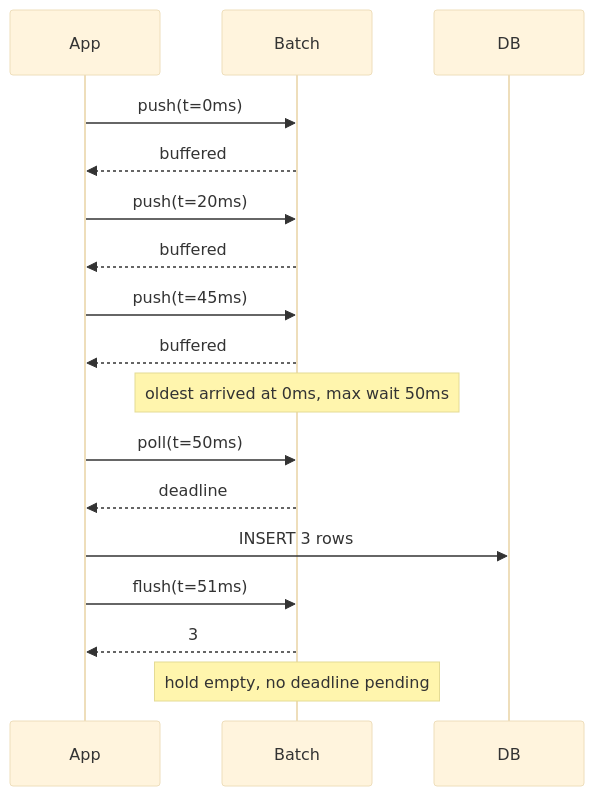
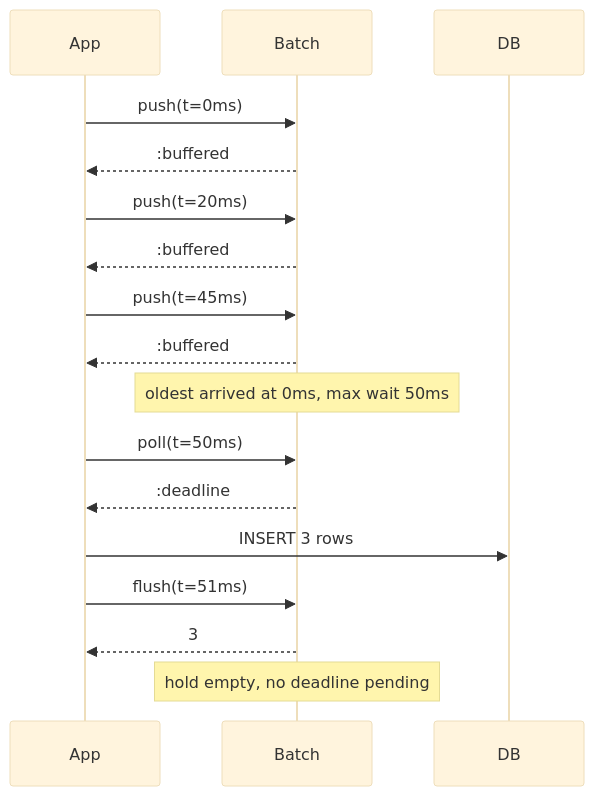
One commit to seuros/batch_machines changed the second of 2 diagrams in README.md. Above: the diagram before and after it, drawn with Mermaid (base theme). The commit also changed other lines of this file and 13 other files, not shown here.

````diff
--- a/README.md
+++ b/README.md
@@ -84,21 +89,21 @@
 ```mermaid
 sequenceDiagram
     participant App
     participant Batch
     participant DB
 
     App->>Batch: push(t=0ms)
-    Batch-->>App: buffered
+    Batch-->>App: :buffered
     App->>Batch: push(t=20ms)
-    Batch-->>App: buffered
+    Batch-->>App: :buffered
     App->>Batch: push(t=45ms)
-    Batch-->>App: buffered
+    Batch-->>App: :buffered
     Note over Batch: oldest arrived at 0ms, max wait 50ms
 
     App->>Batch: poll(t=50ms)
-    Batch-->>App: deadline
+    Batch-->>App: :deadline
     App->>DB: INSERT 3 rows
     App->>Batch: flush(t=51ms)
     Batch-->>App: 3
     Note over Batch: hold empty, no deadline pending
 ```
````
